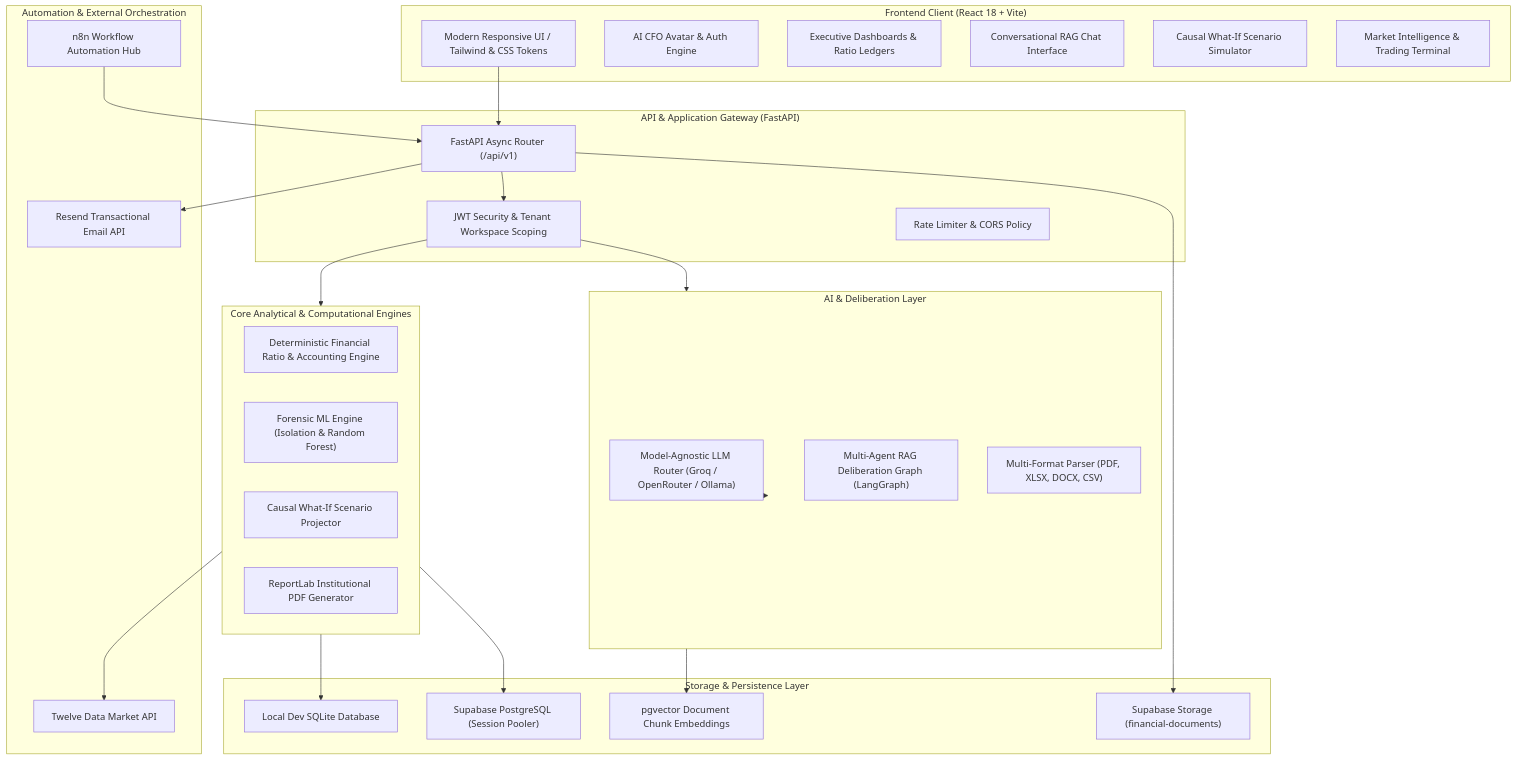
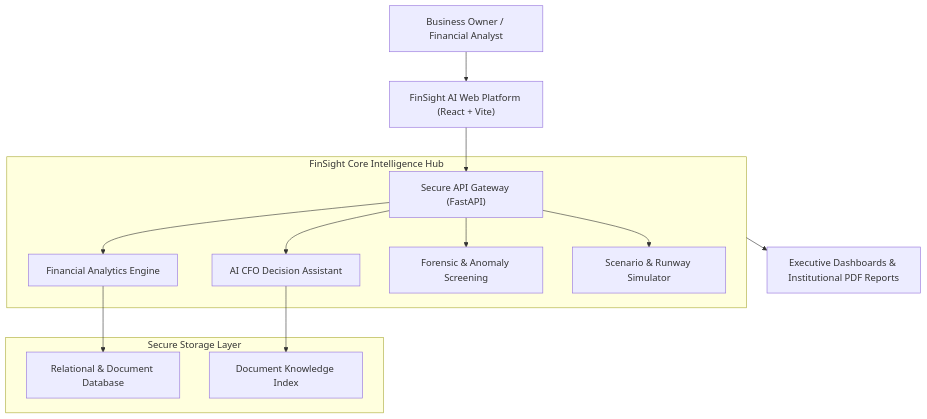
Before and after one commit to Lingeshkumar24-code/FinesightAI2.0: the first of 2 diagrams in README.md, drawn with Mermaid. The commit also changed other lines of this file and 3 other files, not shown here.

Commit message:
docs: add logo asset and simplify architecture workflows for public showcase

````diff
--- a/README.md
+++ b/README.md
@@ -137,56 +121,19 @@
 ```mermaid
 flowchart TD
-    subgraph Client ["Frontend Client (React 18 + Vite)"]
-        UI["Modern Responsive UI / Tailwind & CSS Tokens"]
-        AuthModal["AI CFO Avatar & Auth Engine"]
-        DashView["Executive Dashboards & Ratio Ledgers"]
-        AdvisorView["Conversational RAG Chat Interface"]
-        SimulatorView["Causal What-If Scenario Simulator"]
-        MarketView["Market Intelligence & Trading Terminal"]
+    User["Business Owner / Financial Analyst"] --> WebApp["FinSight AI Web Platform (React + Vite)"]
+    WebApp --> APIGateway["Secure API Gateway (FastAPI)"]
+    
+    subgraph CoreHub ["FinSight Core Intelligence Hub"]
+        APIGateway --> Analytics["Financial Analytics Engine"]
+        APIGateway --> Advisor["AI CFO Decision Assistant"]
+        APIGateway --> FraudShield["Forensic & Anomaly Screening"]
+        APIGateway --> ScenarioModel["Scenario & Runway Simulator"]
     end
-
-    subgraph Gateway ["API & Application Gateway (FastAPI)"]
-        Router["FastAPI Async Router (/api/v1)"]
-        JWT["JWT Security & Tenant Workspace Scoping"]
-        RateLimit["Rate Limiter & CORS Policy"]
+    
+    subgraph DataStore ["Secure Storage Layer"]
+        Analytics --> Database["Relational & Document Database"]
+        Advisor --> KnowledgeBase["Document Knowledge Index"]
     end
-
-    subgraph Engines ["Core Analytical & Computational Engines"]
-        FinEngine["Deterministic Financial Ratio & Accounting Engine"]
-        FraudEngine["Forensic ML Engine (Isolation & Random Forest)"]
-        SimEngine["Causal What-If Scenario Projector"]
-        ReportEngine["ReportLab Institutional PDF Generator"]
-    end
-
-    subgraph Intelligence ["AI & Deliberation Layer"]
-        ModelRouter["Model-Agnostic LLM Router (Groq / OpenRouter / Ollama)"]
-        AgentDeliberation["Multi-Agent RAG Deliberation Graph (LangGraph)"]
-        Chunker["Multi-Format Parser (PDF, XLSX, DOCX, CSV)"]
-    end
-
-    subgraph DataStore ["Storage & Persistence Layer"]
-        SQLite["Local Dev SQLite Database"]
-        Postgres["Supabase PostgreSQL (Session Pooler)"]
-        PgVector["pgvector Document Chunk Embeddings"]
-        S3Bucket["Supabase Storage (financial-documents)"]
-    end
-
-    subgraph AutomationLayer ["Automation & External Orchestration"]
-        N8N["n8n Workflow Automation Hub"]
-        TwelveData["Twelve Data Market API"]
-        Resend["Resend Transactional Email API"]
-    end
-
-    UI --> Router
-    Router --> JWT
-    JWT --> Engines
-    JWT --> Intelligence
-    Intelligence --> ModelRouter
-    Intelligence --> PgVector
-    Engines --> Postgres
-    Engines --> SQLite
-    Router --> S3Bucket
-    N8N --> Router
-    Engines --> TwelveData
-    Router --> Resend
+    
+    CoreHub --> Outputs["Executive Dashboards & Institutional PDF Reports"]
 ```
````
